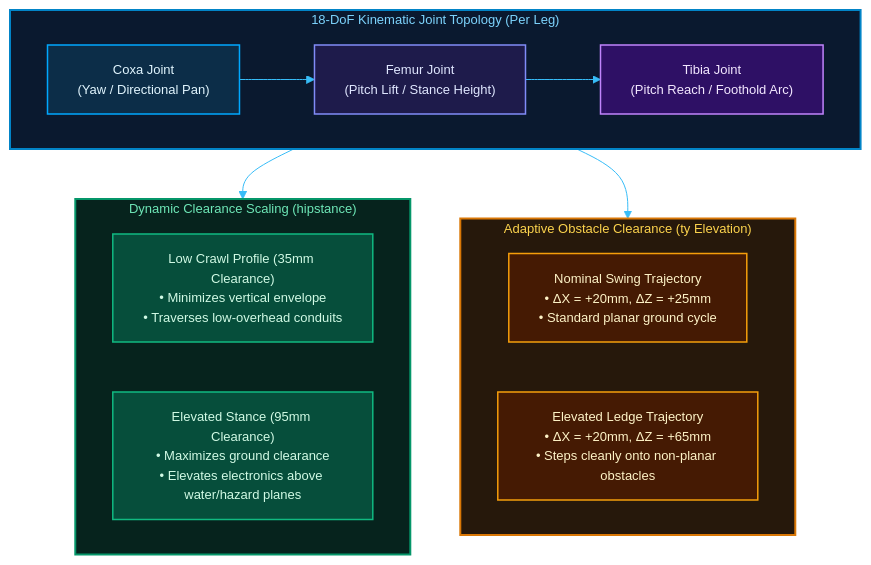
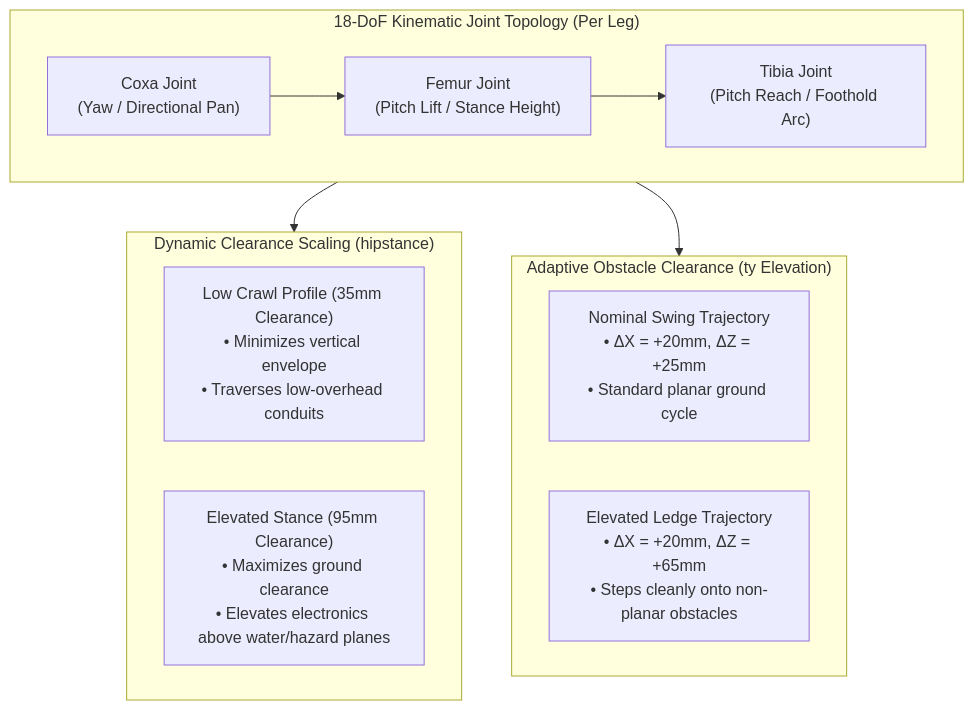
The second of 4 diagrams in src/content/docs/00-mission-and-intentions.md (GrrGrrMan/spider-blog), drawn with Mermaid before and after one commit. The commit also changed other lines of this file and 1 other file, not shown here.

````diff
--- a/src/content/docs/00-mission-and-intentions.md
+++ b/src/content/docs/00-mission-and-intentions.md
@@ -60,40 +47,23 @@
 ```mermaid
-%%{init: {'theme': 'base', 'themeVariables': {'primaryColor': '#1e293b', 'primaryTextColor': '#f8fafc', 'primaryBorderColor': '#334155', 'lineColor': '#38bdf8', 'textColor': '#f8fafc', 'fontSize': '13px'}}}%%
 flowchart TD
     subgraph JointChain ["18-DoF Kinematic Joint Topology (Per Leg)"]
         direction LR
         COXA["Coxa Joint<br/>(Yaw / Directional Pan)"]
         FEMUR["Femur Joint<br/>(Pitch Lift / Stance Height)"]
         TIBIA["Tibia Joint<br/>(Pitch Reach / Foothold Arc)"]
         COXA --> FEMUR --> TIBIA
     end
 
     subgraph ClearanceScaling ["Dynamic Clearance Scaling (hipstance)"]
         CRAWL["Low Crawl Profile (35mm Clearance)<br/>• Minimizes vertical envelope<br/>• Traverses low-overhead conduits"]
         ELEV["Elevated Stance (95mm Clearance)<br/>• Maximizes ground clearance<br/>• Elevates electronics above water/hazard planes"]
     end
 
     subgraph ObstacleElevation ["Adaptive Obstacle Clearance (ty Elevation)"]
         NOM["Nominal Swing Trajectory<br/>• ΔX = +20mm, ΔZ = +25mm<br/>• Standard planar ground cycle"]
         LEDGE["Elevated Ledge Trajectory<br/>• ΔX = +20mm, ΔZ = +65mm<br/>• Steps cleanly onto non-planar obstacles"]
     end
 
     TIBIA --> ClearanceScaling
     TIBIA --> ObstacleElevation
-
-    classDef coxaNode fill:#0c2d48,stroke:#00a8ff,stroke-width:1.5px,color:#e1f5fe;
-    classDef femurNode fill:#1e1b4b,stroke:#818cf8,stroke-width:1.5px,color:#e0e7ff;
-    classDef tibiaNode fill:#2e1065,stroke:#c084fc,stroke-width:1.5px,color:#f3e8ff;
-    classDef emeraldNode fill:#064e3b,stroke:#10b981,stroke-width:1.5px,color:#d1fae5;
-    classDef amberNode fill:#451a03,stroke:#f59e0b,stroke-width:1.5px,color:#fef3c7;
-
-    class COXA coxaNode;
-    class FEMUR femurNode;
-    class TIBIA tibiaNode;
-    class CRAWL,ELEV emeraldNode;
-    class NOM,LEDGE amberNode;
-
-    style JointChain fill:#0a192f,stroke:#0284c7,stroke-width:2px,color:#7dd3fc
-    style ClearanceScaling fill:#06231d,stroke:#059669,stroke-width:2px,color:#6ee7b7
-    style ObstacleElevation fill:#26180b,stroke:#d97706,stroke-width:2px,color:#fcd34d
 ```
````
